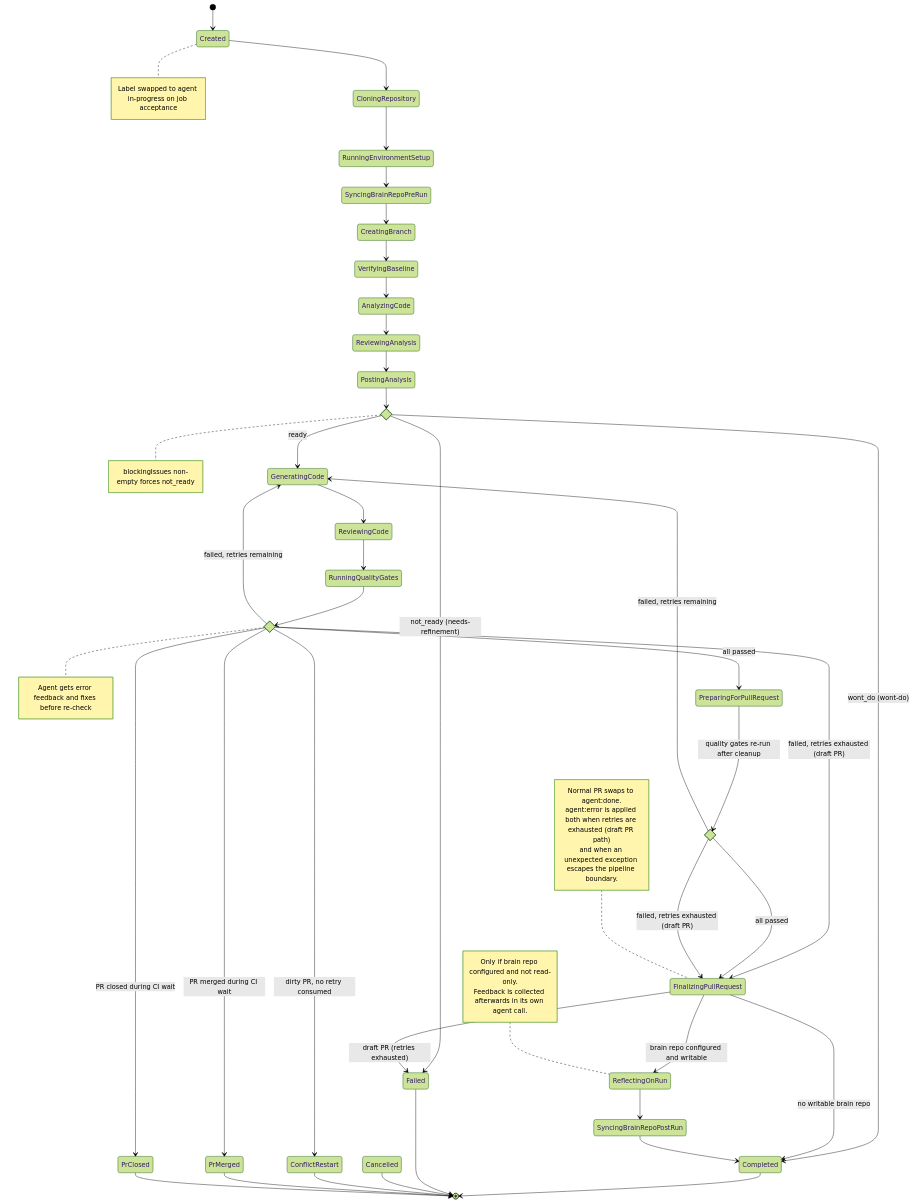
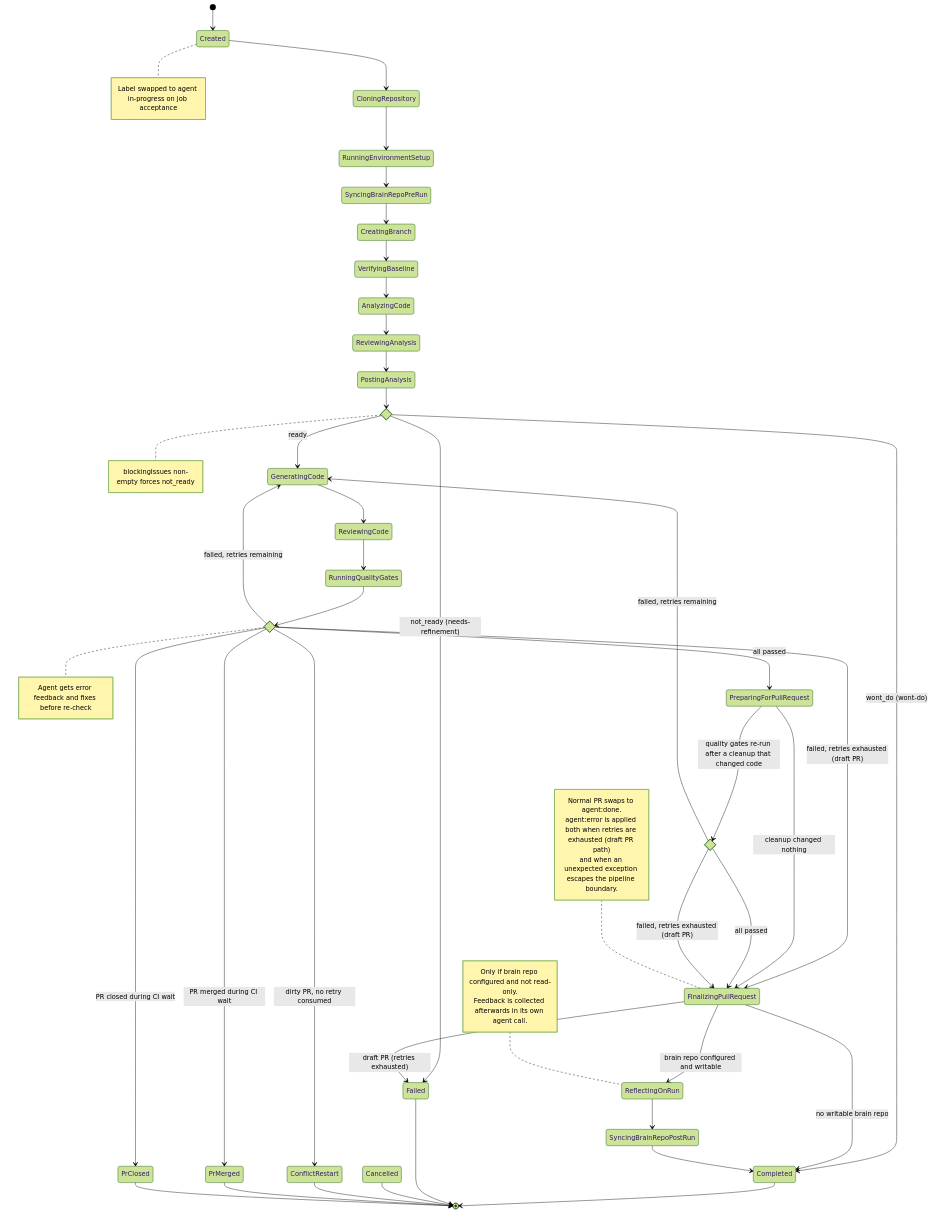
Before and after one commit to Chemsorly/coding-agent-automation: the first of 9 diagrams in docs/pipeline-orchestration.md, drawn with Mermaid (forest theme). The commit also changed other lines of this file and 3 other files, not shown here.

Commit message:
feat: Skip the final quality gates when the pre-PR cleanup changed nothing (#4070) (#4272)

````diff
--- a/docs/pipeline-orchestration.md
+++ b/docs/pipeline-orchestration.md
@@ -50,69 +50,70 @@
 ```mermaid
 stateDiagram-v2
     direction TB
 
     [*] --> Created
     Created --> CloningRepository
     CloningRepository --> RunningEnvironmentSetup
     RunningEnvironmentSetup --> SyncingBrainRepoPreRun
     SyncingBrainRepoPreRun --> CreatingBranch
     CreatingBranch --> VerifyingBaseline
     VerifyingBaseline --> AnalyzingCode
     AnalyzingCode --> ReviewingAnalysis
     ReviewingAnalysis --> PostingAnalysis
 
     state ConfidenceGate <<choice>>
     PostingAnalysis --> ConfidenceGate
     ConfidenceGate --> GeneratingCode : ready
     ConfidenceGate --> Failed : not_ready (needs-refinement)
     ConfidenceGate --> Completed : wont_do (wont-do)
     GeneratingCode --> ReviewingCode
     ReviewingCode --> RunningQualityGates
 
     state QualityGateDecision <<choice>>
     RunningQualityGates --> QualityGateDecision
     QualityGateDecision --> PreparingForPullRequest : all passed
     QualityGateDecision --> GeneratingCode : failed, retries remaining
     QualityGateDecision --> FinalizingPullRequest : failed, retries exhausted (draft PR)
     QualityGateDecision --> ConflictRestart : dirty PR, no retry consumed
     QualityGateDecision --> PrMerged : PR merged during CI wait
     QualityGateDecision --> PrClosed : PR closed during CI wait
 
     state FinalQualityCheck <<choice>>
-    PreparingForPullRequest --> FinalQualityCheck : quality gates re-run after cleanup
+    PreparingForPullRequest --> FinalizingPullRequest : cleanup changed nothing
+    PreparingForPullRequest --> FinalQualityCheck : quality gates re-run after a cleanup that changed code
     FinalQualityCheck --> FinalizingPullRequest : all passed
     FinalQualityCheck --> GeneratingCode : failed, retries remaining
     FinalQualityCheck --> FinalizingPullRequest : failed, retries exhausted (draft PR)
 
     FinalizingPullRequest --> ReflectingOnRun : brain repo configured and writable
     FinalizingPullRequest --> Completed : no writable brain repo
     FinalizingPullRequest --> Failed : draft PR (retries exhausted)
     ReflectingOnRun --> SyncingBrainRepoPostRun
     SyncingBrainRepoPostRun --> Completed
 
     Completed --> [*]
     Failed --> [*]
     Cancelled --> [*]
     ConflictRestart --> [*]
     PrMerged --> [*]
     PrClosed --> [*]
 
     note right of Created
         Label swapped to agent in-progress on job acceptance
     end note
     note right of ConfidenceGate
         blockingIssues non-empty forces not_ready
     end note
     note right of QualityGateDecision
         Agent gets error feedback and fixes before re-check
     end note
     note left of FinalizingPullRequest
         Normal PR swaps to agent:done.
         agent:error is applied both when retries are exhausted (draft PR path)
         and when an unexpected exception escapes the pipeline boundary.
     end note
     note left of ReflectingOnRun
         Only if brain repo configured and not read-only.
         Feedback is collected afterwards in its own agent call.
     end note
 ```
````
